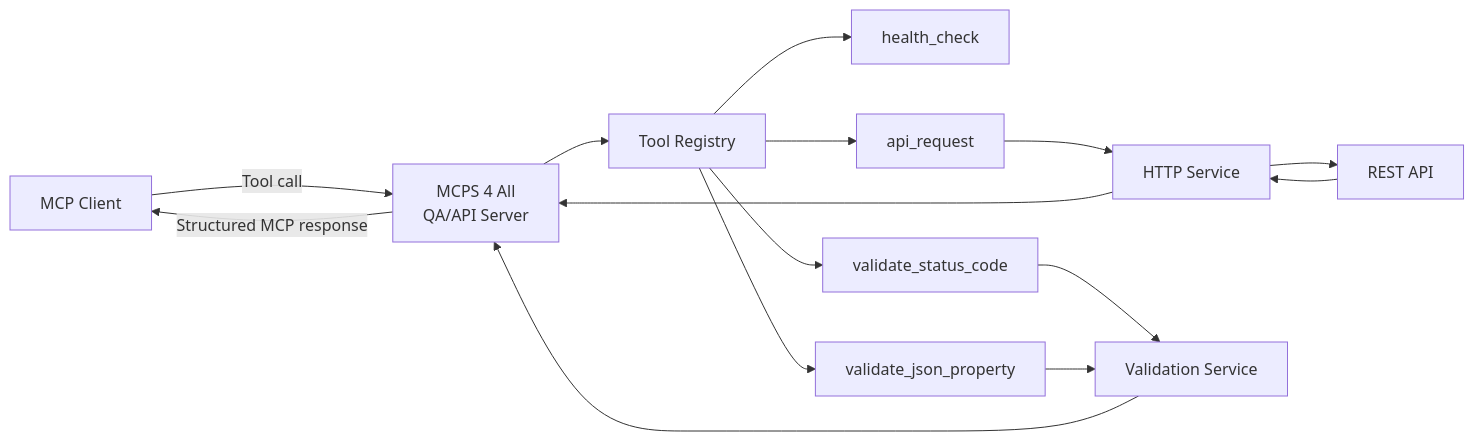
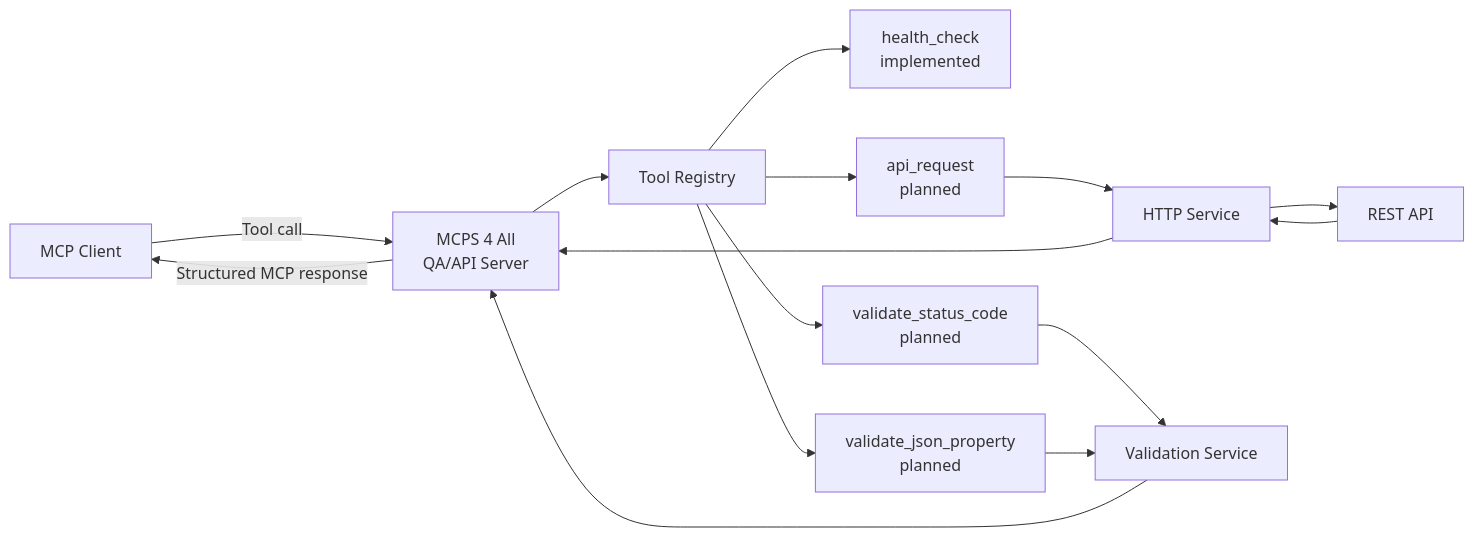
One commit to Hosafatto/mcps-4-all changed the third of 6 diagrams in Contexto.MD. Above: the diagram before and after it, drawn with Mermaid. The commit also changed other lines of this file and 7 other files, not shown here.

Commit message:
feat: implement first MCP server with health check

````diff
--- a/Contexto.MD
+++ b/Contexto.MD
@@ -282,25 +282,25 @@
 ``` mermaid
 flowchart LR
     A["MCP Client"]
 
     A -->|"Tool call"| B["MCPS 4 All<br/>QA/API Server"]
 
     B --> C["Tool Registry"]
 
-    C --> D["health_check"]
-    C --> E["api_request"]
-    C --> F["validate_status_code"]
-    C --> G["validate_json_property"]
+    C --> D["health_check<br/>implemented"]
+    C --> E["api_request<br/>planned"]
+    C --> F["validate_status_code<br/>planned"]
+    C --> G["validate_json_property<br/>planned"]
 
     E --> H["HTTP Service"]
     F --> I["Validation Service"]
     G --> I
 
     H --> J["REST API"]
 
     J --> H
     H --> B
     I --> B
 
     B -->|"Structured MCP response"| A
 ```
````
